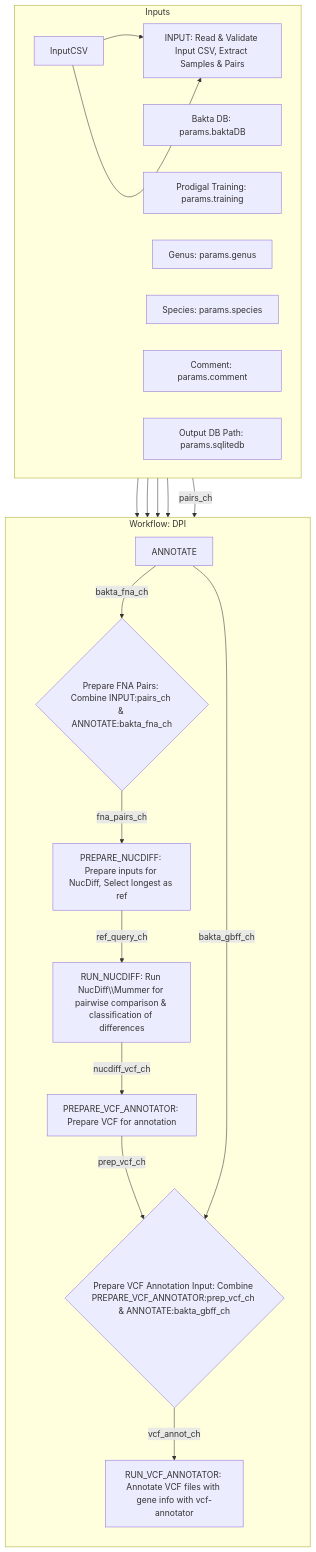
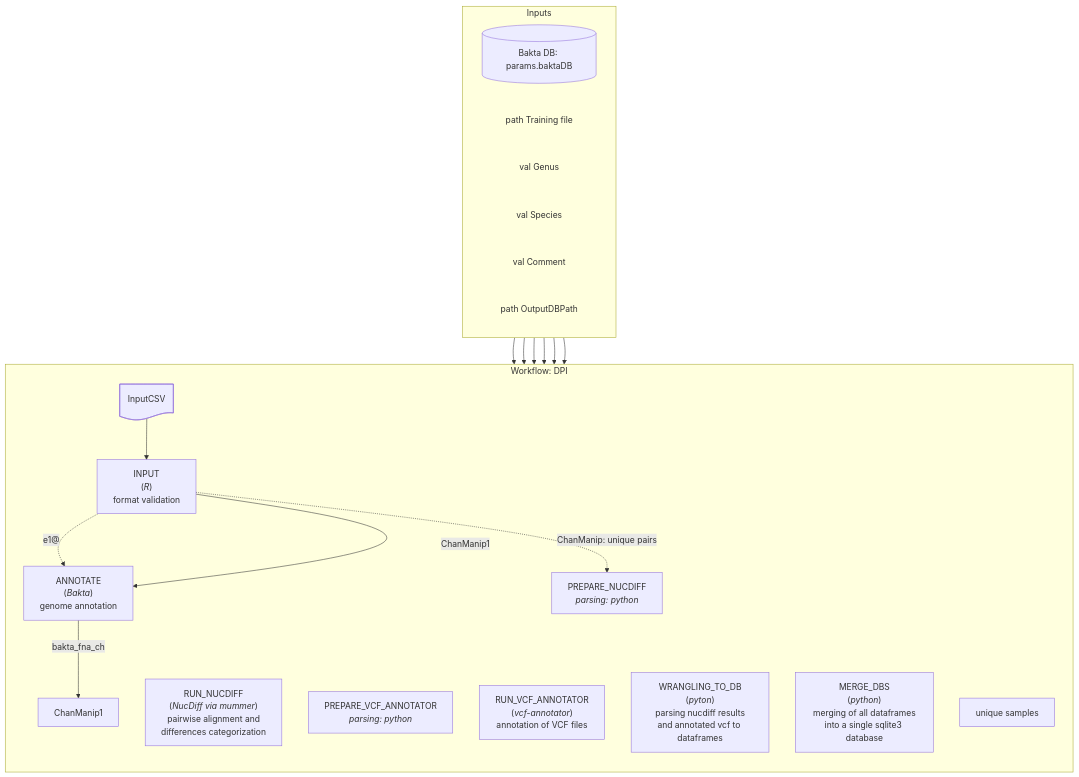
One commit to NorwegianVeterinaryInstitute/DPI changed the diagram in documentation/DPI_workflow.mermaid. Above: the diagram before and after it, drawn with Mermaid.

Commit message:
update graph pipeline

```diff
--- a/documentation/DPI_workflow.mermaid
+++ b/documentation/DPI_workflow.mermaid
@@ -1,36 +1,70 @@
 graph TD
     subgraph Inputs
         direction LR
-        InputCSV --> INPUT[INPUT: Read & Validate Input CSV, Extract Samples & Pairs]
+        
         BaktaDB[Bakta DB: params.baktaDB]
         Training[Prodigal Training: params.training]
         Genus[Genus: params.genus]
         Species[Species: params.species]
         Comment[Comment: params.comment]
         OutputDBPath[Output DB Path: params.sqlitedb]
     end
 
     subgraph "Workflow: DPI"
         direction TB
+        %% Node Definitions %%
+        INPUT["`INPUT
+            (_R_)
+            format validation`"]
+        ANNOTATE["`ANNOTATE
+            (_Bakta_)
+            genome annotation`"]
+        PREPARE_NUCDIFF["`PREPARE_NUCDIFF
+            _parsing: python_`"]
+        RUN_NUCDIFF["`RUN_NUCDIFF
+            (_NucDiff via mummer_)
+            pairwise alignment and 
+            differences categorization`"]
+        PREPARE_VCF_ANNOTATOR["`PREPARE_VCF_ANNOTATOR
+            _parsing: python_`"]
+        RUN_VCF_ANNOTATOR["`RUN_VCF_ANNOTATOR
+            (_vcf-annotator_)
+            annotation of VCF files`"]
+        WRANGLING_TO_DB["`WRANGLING_TO_DB
+            (_pyton_)
+            parsing nucdiff results
+            and annotated vcf to dataframes`"]
+        MERGE_DBS["`MERGE_DBS
+            (_python_)
+            merging of all dataframes
+            into a single sqlite3 database`"]
 
-        InputCSV --> INPUT
-        BaktaDB --> ANNOTATE
-        Training --> ANNOTATE
-        Genus --> ANNOTATE
-        Species --> ANNOTATE
-
-        INPUT -- pairs_ch --> ChanManip1{Prepare FNA Pairs: Combine INPUT:pairs_ch & ANNOTATE:bakta_fna_ch}
+        %% Input Definitions %%
+        InputCSV@{ shape: doc, label: "InputCSV"} --> INPUT
+        BaktaDB@{shape: cyl, label; "path baktaDB"} --> ANNOTATE
+        Training@{shape: text, label: "path Training file" } --> ANNOTATE
+        Genus@{shape: text, label: "val Genus" } --> ANNOTATE
+        Species@{shape: text, label: "val Species" } --> ANNOTATE
+        Comment@{shape: text, label: "val Comment" } --> WRANGLING_TO_DB
+        OutputDBPath@{shape: text, label: "path OutputDBPath" } --> MERGE_DBS
+                
+        
+        %% Channels manipulations %% 
+        INPUT -. e1@ .-> ANNOTATE
+        e1@{shape:text, label : "unique samples"} 
+        INPUT -. ChanManip: unique pairs .-> PREPARE_NUCDIFF
+        INPUT -- ChanManip1 --> 
         ANNOTATE -- bakta_fna_ch --> ChanManip1
 
-        ChanManip1 -- fna_pairs_ch --> PREPARE_NUCDIFF[PREPARE_NUCDIFF: Prepare inputs for NucDiff, Select longest as ref]
+        %%ChanManip1 -- fna_pairs_ch --> PREPARE_NUCDIFF[PREPARE_NUCDIFF: Prepare inputs for NucDiff, Select longest as ref]%%
 
-        PREPARE_NUCDIFF -- ref_query_ch --> RUN_NUCDIFF[RUN_NUCDIFF: Run NucDiff\\Mummer for pairwise comparison & classification of differences]
+        %%PREPARE_NUCDIFF -- ref_query_ch --> RUN_NUCDIFF[RUN_NUCDIFF: Run NucDiff\\Mummer for pairwise comparison & classification of differences]%%
 
-        RUN_NUCDIFF -- nucdiff_vcf_ch --> PREPARE_VCF_ANNOTATOR[PREPARE_VCF_ANNOTATOR: Prepare VCF for annotation]
+        %%RUN_NUCDIFF -- nucdiff_vcf_ch --> PREPARE_VCF_ANNOTATOR[PREPARE_VCF_ANNOTATOR: Prepare VCF for annotation]%%
 
-        PREPARE_VCF_ANNOTATOR -- prep_vcf_ch --> ChanManip2{Prepare VCF Annotation Input: Combine PREPARE_VCF_ANNOTATOR:prep_vcf_ch & ANNOTATE:bakta_gbff_ch}
-        ANNOTATE -- bakta_gbff_ch --> ChanManip2
+        %%PREPARE_VCF_ANNOTATOR -- prep_vcf_ch --> ChanManip2{Prepare VCF Annotation Input: Combine PREPARE_VCF_ANNOTATOR:prep_vcf_ch & ANNOTATE:bakta_gbff_ch}%%
+        %%ANNOTATE -- bakta_gbff_ch --> ChanManip2%%
 
-        ChanManip2 -- vcf_annot_ch --> RUN_VCF_ANNOTATOR[RUN_VCF_ANNOTATOR: Annotate VCF files with gene info with vcf-annotator]
+        %%ChanManip2 -- vcf_annot_ch --> RUN_VCF_ANNOTATOR[RUN_VCF_ANNOTATOR: Annotate VCF files with gene info with vcf-annotator]%%
 
-        end
+end
```
